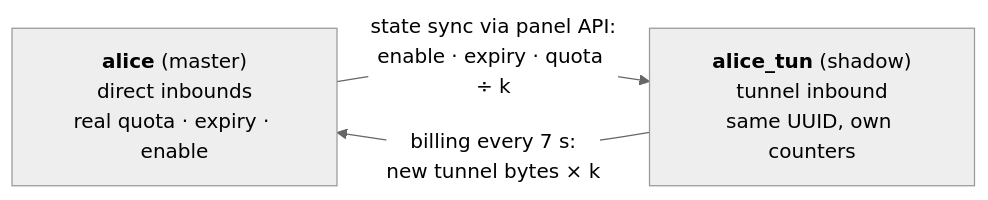
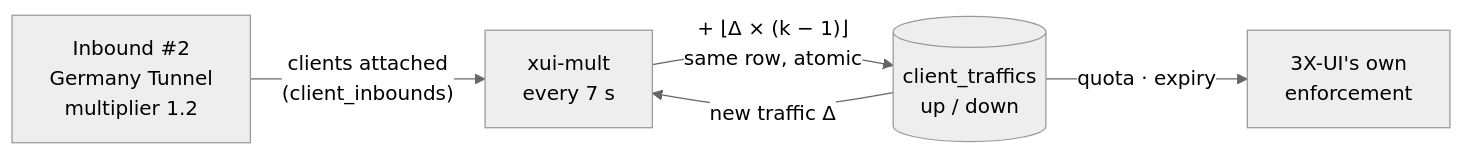
The diagram in README.md (mahdizo3181/-3x-ui-multiplier), drawn with Mermaid (neutral theme) before and after one commit. The commit also changed other lines of this file and 8 other files, not shown here.

Commit message:
refactor preflight.sh and install.sh.in for improved output and clarity; remove test_edge_cases.py and update e2e_real_panel.py for better functionality

````diff
--- a/README.md
+++ b/README.md
@@ -35,7 +40,7 @@
 ```mermaid
 flowchart LR
-    M["<b>alice</b> (master)<br/>direct inbounds<br/>real quota · expiry · enable"]
-    S["<b>alice_tun</b> (shadow)<br/>tunnel inbound<br/>same UUID, own counters"]
-    S -- "billing every 7 s:<br/>new tunnel bytes × k" --> M
-    M -- "state sync via panel API:<br/>enable · expiry · quota ÷ k" --> S
+    I["Inbound #2<br/>Germany Tunnel<br/>multiplier 1.2"] -- "clients attached<br/>(client_inbounds)" --> X["xui-mult<br/>every 7 s"]
+    T[("client_traffics<br/>up / down")] -- "new traffic Δ" --> X
+    X -- "+ ⌊Δ × (k − 1)⌋<br/>same row, atomic" --> T
+    T -- "quota · expiry" --> P["3X-UI's own<br/>enforcement"]
 ```
````
